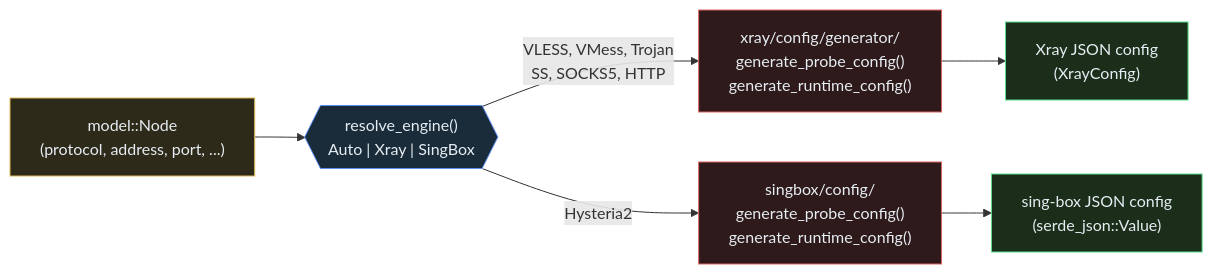
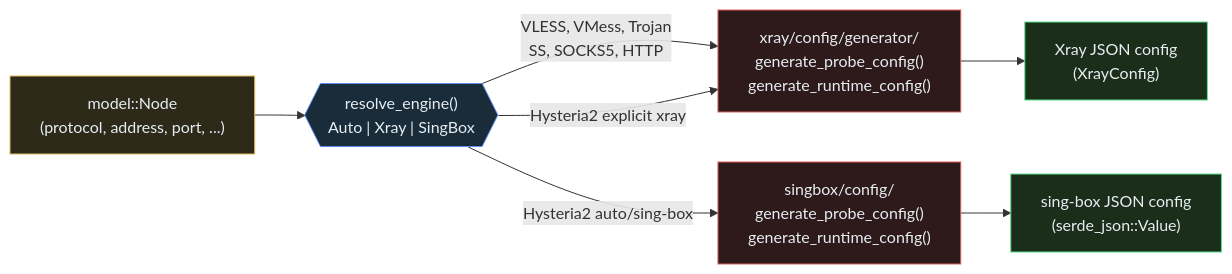
One commit to mhyrzt/xrat changed the diagram in docs/src/06-architecture/config-generation.md. Above: the diagram before and after it, drawn with Mermaid. The commit also changed other lines of this file and 23 other files, not shown here.

First line of the commit message:
feat(xray): support Hysteria2 outbounds

````diff
--- a/docs/src/06-architecture/config-generation.md
+++ b/docs/src/06-architecture/config-generation.md
@@ -14,20 +14,21 @@
 ```mermaid
 flowchart LR
     classDef domain fill:#2e2a1a,stroke:#dfba5b,color:#e6edf3
     classDef select fill:#1a2c3a,stroke:#5b8def,color:#e6edf3
     classDef engine fill:#2e1a1a,stroke:#df6060,color:#e6edf3
     classDef out    fill:#1a2e1a,stroke:#5bdf8a,color:#e6edf3
 
     NODE["model::Node<br/>(protocol, address, port, ...)"]:::domain
     ENGINE{{"resolve_engine()<br/>Auto | Xray | SingBox"}}:::select
     XGEN["xray/config/generator/<br/>generate_probe_config()<br/>generate_runtime_config()"]:::engine
     SGEN["singbox/config/<br/>generate_probe_config()<br/>generate_runtime_config()"]:::engine
     XOUT["Xray JSON config<br/>(XrayConfig)"]:::out
     SOUT["sing-box JSON config<br/>(serde_json::Value)"]:::out
 
     NODE --> ENGINE
     ENGINE -- "VLESS, VMess, Trojan<br/>SS, SOCKS5, HTTP" --> XGEN
-    ENGINE -- "Hysteria2" --> SGEN
+    ENGINE -- "Hysteria2 auto/sing-box" --> SGEN
+    ENGINE -- "Hysteria2 explicit xray" --> XGEN
     XGEN --> XOUT
     SGEN --> SOUT
 ```
````
